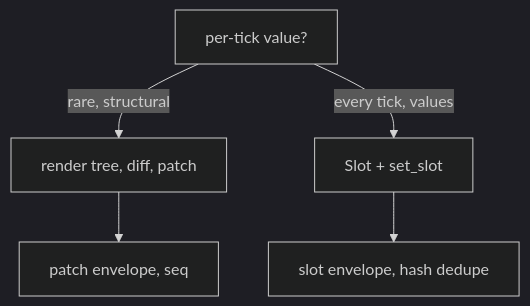
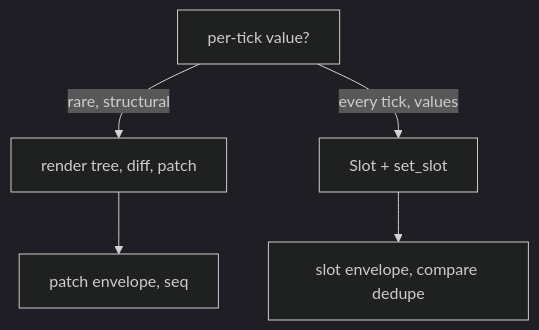
Before and after one commit to aaron-riact/flyrail: the third of 8 diagrams in docs/how-it-works.md, drawn with Mermaid (dark theme). The commit also changed other lines of this file and 1 other file, not shown here.

````diff
--- a/docs/how-it-works.md
+++ b/docs/how-it-works.md
@@ -72,8 +85,8 @@
 ```mermaid
 flowchart TD
     Q["per-tick value?"]
     Q -- "rare, structural" --> C["render tree, diff, patch"]
     Q -- "every tick, values" --> H["Slot + set_slot"]
     C --> P["patch envelope, seq"]
-    H --> SL["slot envelope, hash dedupe"]
+    H --> SL["slot envelope, compare dedupe"]
 ```
````
